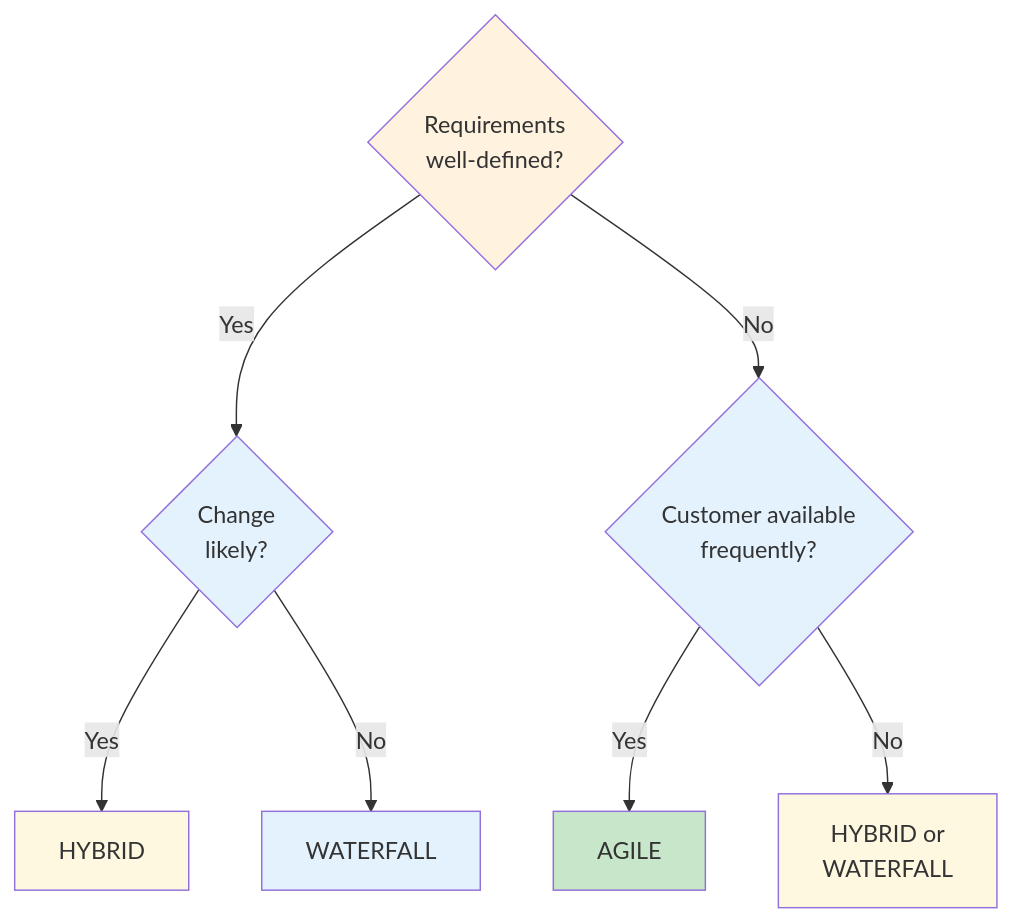
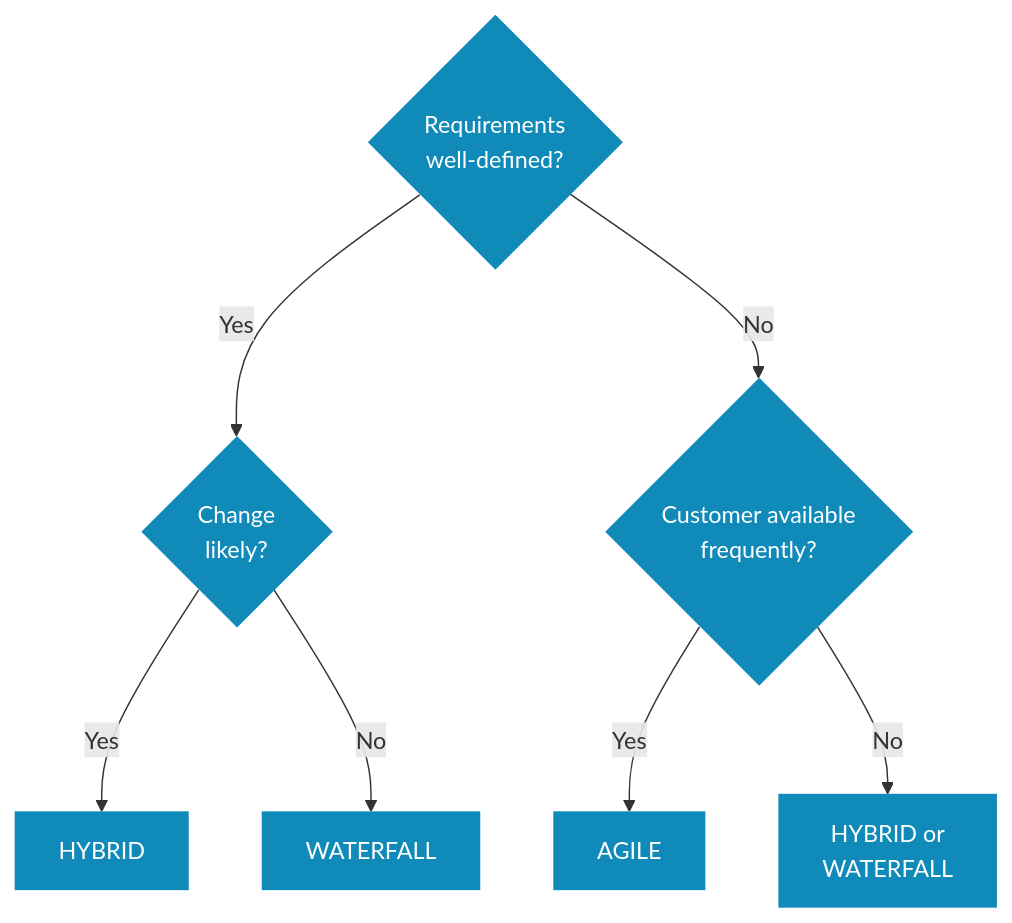
Before and after one commit to kevinmcaleer/kevstemplates.com: the third of 3 diagrams in _pages/methodologies/waterfall-vs-agile.md, drawn with Mermaid. The commit also changed other lines of this file and 72 other files, not shown here.

```diff
--- a/_pages/methodologies/waterfall-vs-agile.md
+++ b/_pages/methodologies/waterfall-vs-agile.md
@@ -238,18 +233,13 @@
 <div class="mermaid">
 flowchart TD
     REQ{Requirements\nwell-defined?}
     REQ -->|Yes| CHG{Change\nlikely?}
     REQ -->|No| CUST{Customer available\nfrequently?}
     CHG -->|Yes| HYB1[HYBRID]
     CHG -->|No| WAT[WATERFALL]
     CUST -->|Yes| AGI[AGILE]
     CUST -->|No| HYB2[HYBRID or\nWATERFALL]
 
-    style REQ fill:#fff3e0
-    style CHG fill:#e3f2fd
-    style CUST fill:#e3f2fd
-    style HYB1 fill:#fff8e1
-    style WAT fill:#e3f2fd
-    style AGI fill:#c8e6c9
-    style HYB2 fill:#fff8e1
+    classDef blue fill:#108BB9,stroke:none,color:#fff
+    class REQ,CHG,CUST,HYB1,WAT,AGI,HYB2 blue
 </div>
```
